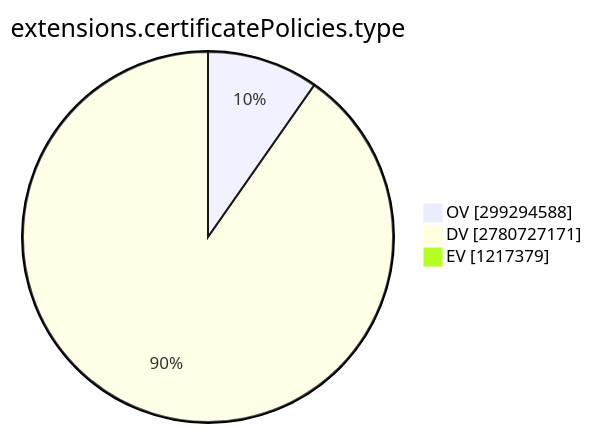
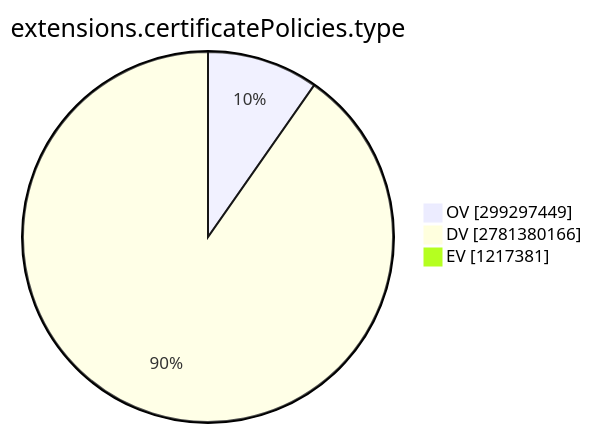
The ninth of 15 diagrams in TOTAL/README.md (christiankrug/ctmonitor_visualization), drawn with Mermaid before and after one commit. The commit also changed other lines of this file, not shown here.

````diff
--- a/TOTAL/README.md
+++ b/TOTAL/README.md
@@ -3101,7 +3101,7 @@
 ```mermaid
 pie showData
 title extensions.certificatePolicies.type
-"OV" :299294588
-"DV" :2780727171
-"EV" :1217379
+"OV" :299297449
+"DV" :2781380166
+"EV" :1217381
 ```
````
